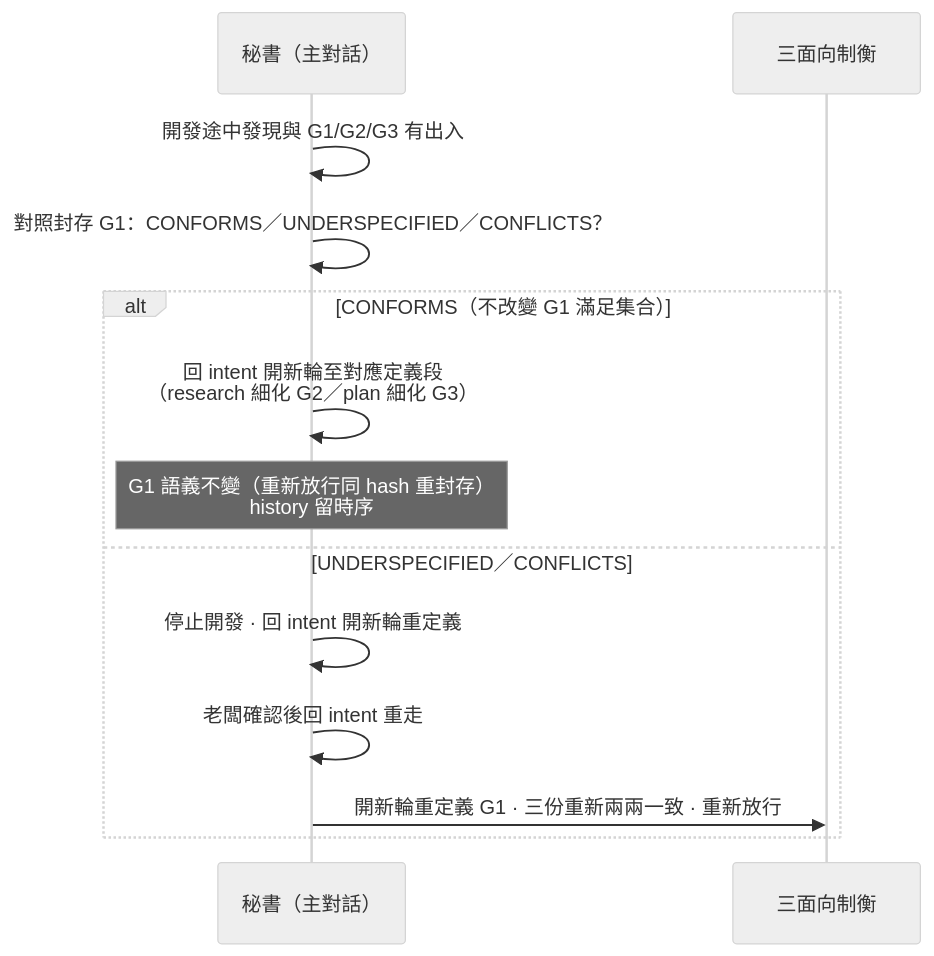
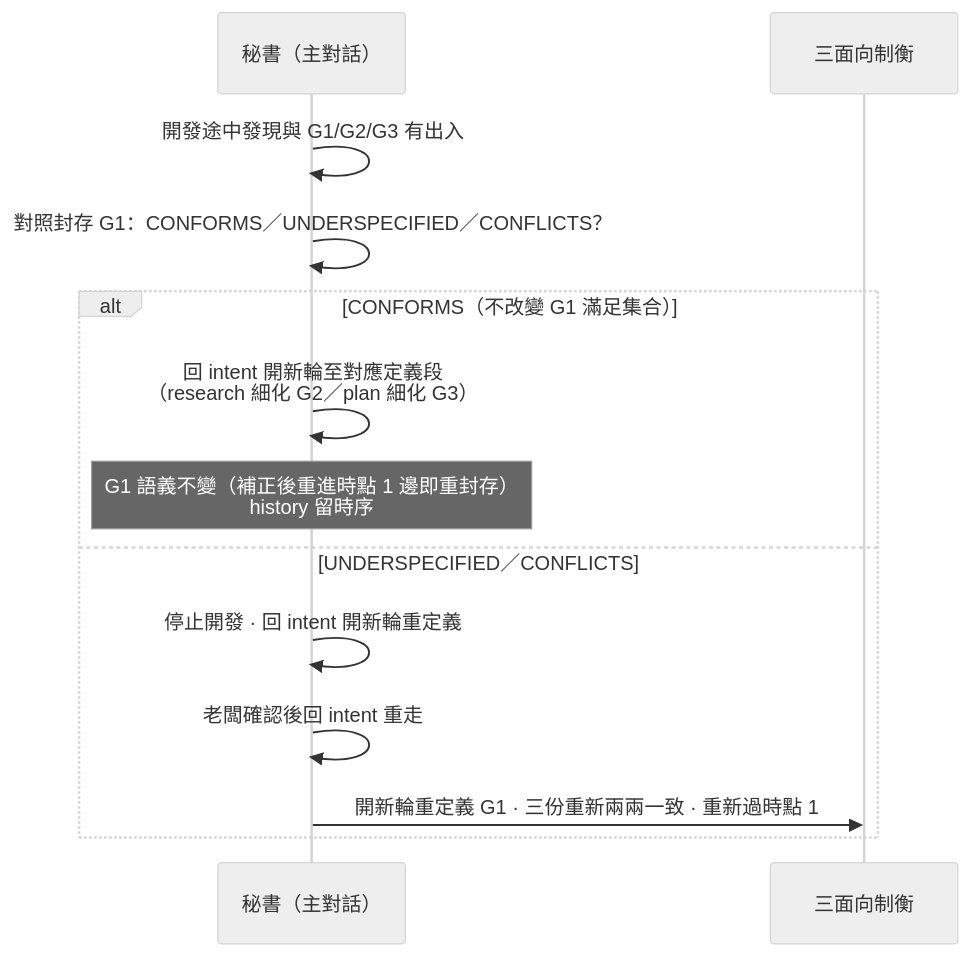
The first of 2 diagrams in skills/shiftblame/references/MECHANISMS.md (teps3105/shiftblame), drawn with Mermaid (neutral theme) before and after one commit. The commit also changed other lines of this file and 31 other files, not shown here.

````diff
--- a/skills/shiftblame/references/MECHANISMS.md
+++ b/skills/shiftblame/references/MECHANISMS.md
@@ -28,17 +28,17 @@
 ```mermaid
 sequenceDiagram
      participant SEC as 秘書（主對話）
      participant Consult as 三面向制衡
 
      SEC->>SEC: 開發途中發現與 G1/G2/G3 有出入
      SEC->>SEC: 對照封存 G1：CONFORMS／UNDERSPECIFIED／CONFLICTS？
 
      alt CONFORMS（不改變 G1 滿足集合）
          SEC->>SEC: 回 intent 開新輪至對應定義段<br/>（research 細化 G2／plan 細化 G3）
-         Note over SEC: G1 語義不變（重新放行同 hash 重封存）<br/>history 留時序
+         Note over SEC: G1 語義不變（補正後重進時點 1 邊即重封存）<br/>history 留時序
      else UNDERSPECIFIED／CONFLICTS
          SEC->>SEC: 停止開發 · 回 intent 開新輪重定義
          SEC->>SEC: 老闆確認後回 intent 重走
-         SEC->>Consult: 開新輪重定義 G1 · 三份重新兩兩一致 · 重新放行
+         SEC->>Consult: 開新輪重定義 G1 · 三份重新兩兩一致 · 重新過時點 1
      end
 ```
````
